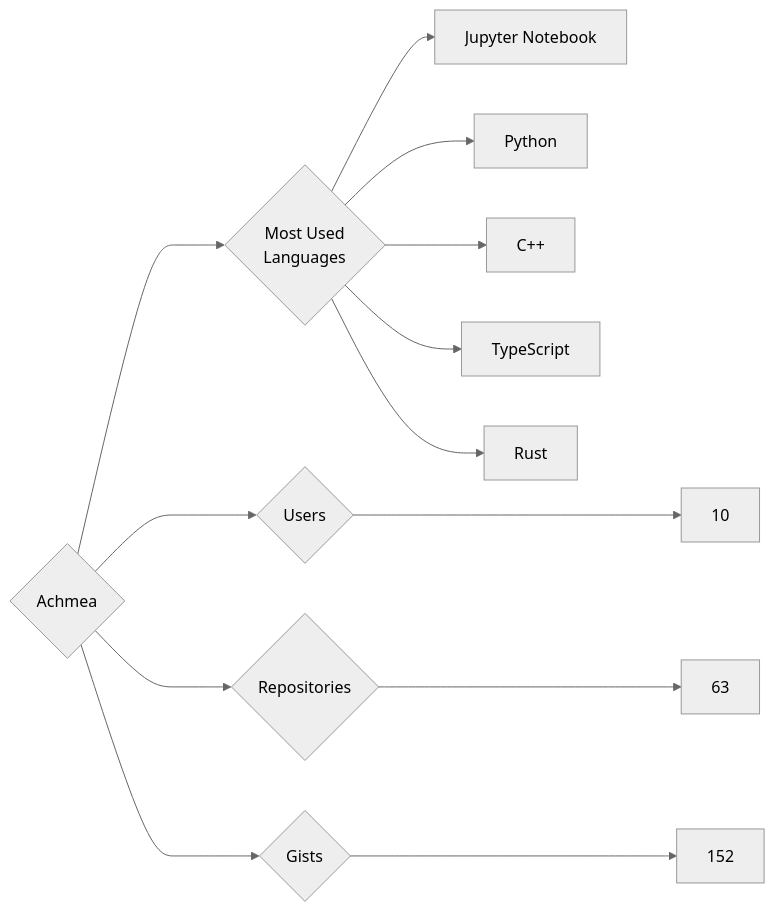
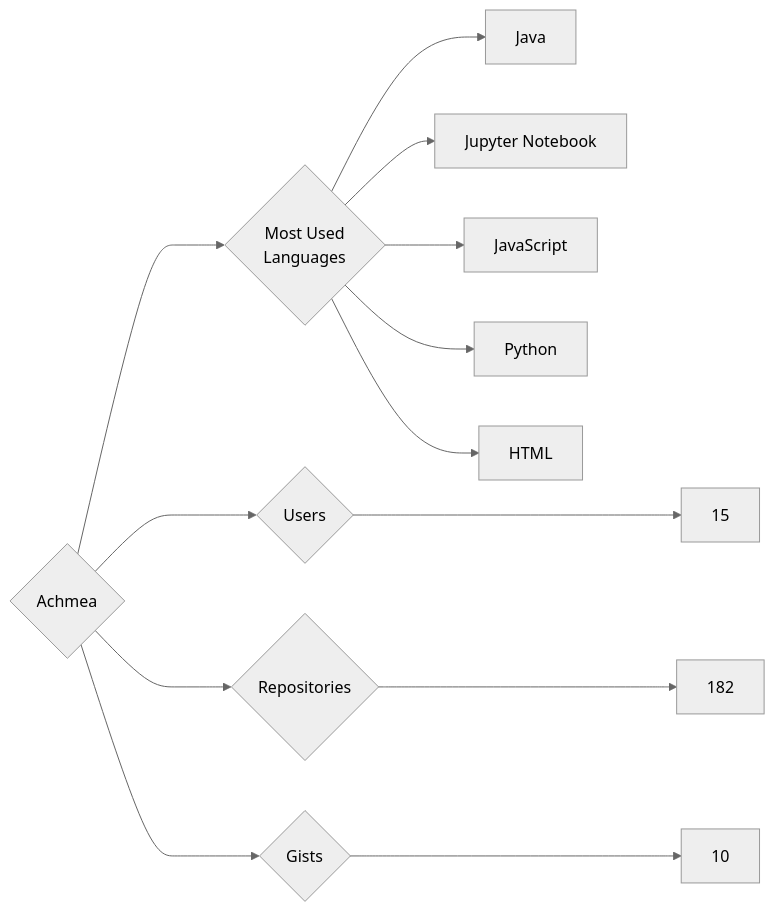
Before and after one commit to trickest/insiders: the diagram in targets/Achmea/README.md, drawn with Mermaid (neutral theme). The commit also changed 874 other files, not shown here.

````diff
--- a/targets/Achmea/README.md
+++ b/targets/Achmea/README.md
@@ -3,13 +3,13 @@
 ```mermaid
 graph LR
 COMPANY_NAME{Achmea}
-COMPANY_NAME ---> U{Users} ---> UN[10]
-COMPANY_NAME ---> R{Repositories} ---> RN[63]
-COMPANY_NAME ---> G{Gists} ---> GN[152]
+COMPANY_NAME ---> U{Users} ---> UN[15]
+COMPANY_NAME ---> R{Repositories} ---> RN[182]
+COMPANY_NAME ---> G{Gists} ---> GN[10]
 COMPANY_NAME ---> ML{Most Used<br>Languages}
+ML --> Java[Java]
 ML --> Jupyter_Notebook[Jupyter Notebook]
+ML --> JavaScript[JavaScript]
 ML --> Python[Python]
-ML --> C++[C++]
-ML --> TypeScript[TypeScript]
-ML --> Rust[Rust]
+ML --> HTML[HTML]
 ```
````
